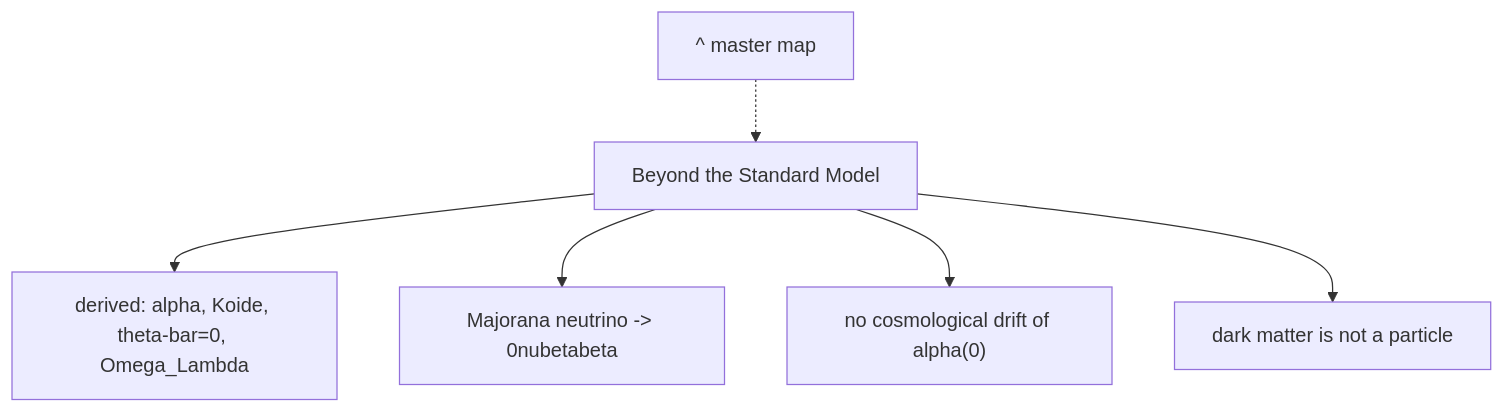
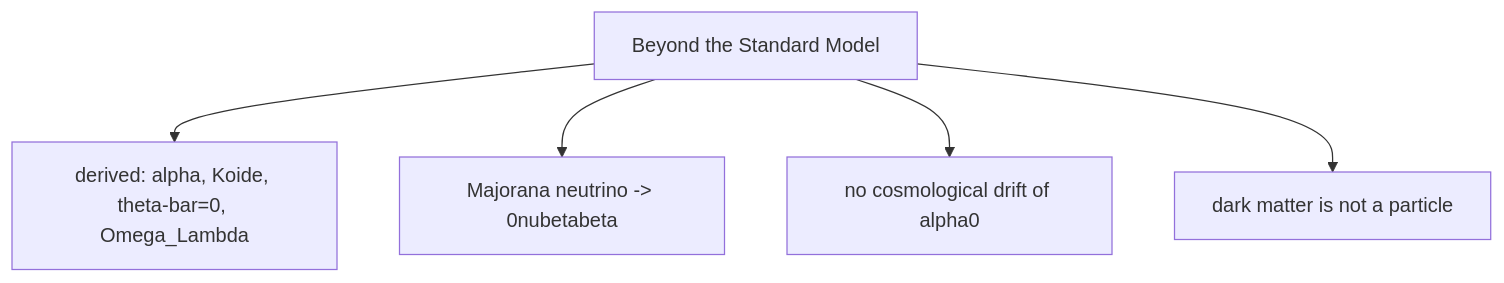
Before and after one commit to jimscarver/quantum-logical-framework: diagram 11 of 11 in FlowChart.md, drawn with Mermaid. The commit also changed other lines of this file, not shown here.

First line of the commit message:
FlowChart.md: drop sub-chart hub nodes + parentheses (GitHub render fixes)

````diff
--- a/FlowChart.md
+++ b/FlowChart.md
@@ -239,8 +239,8 @@
 ```mermaid
 flowchart TD
-  H10["^ master map"] -.-> B["Beyond the Standard Model"]
+  B["Beyond the Standard Model"]
   B --> D1["derived: alpha, Koide, theta-bar=0, Omega_Lambda"]
   B --> P1["Majorana neutrino -> 0nubetabeta"]
-  B --> P2["no cosmological drift of alpha(0)"]
+  B --> P2["no cosmological drift of alpha0"]
   B --> P3["dark matter is not a particle"]
 ```
````
